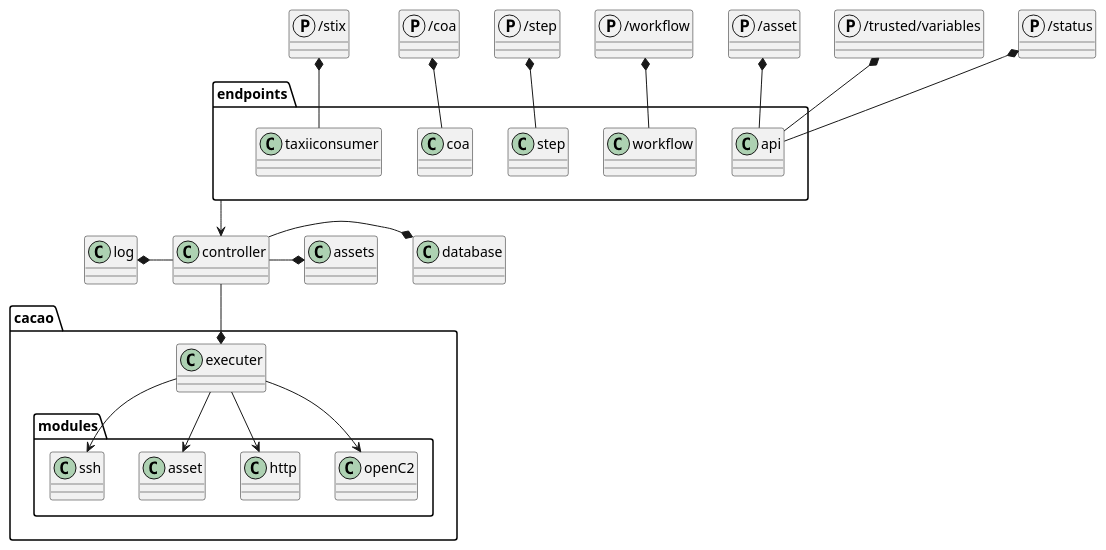
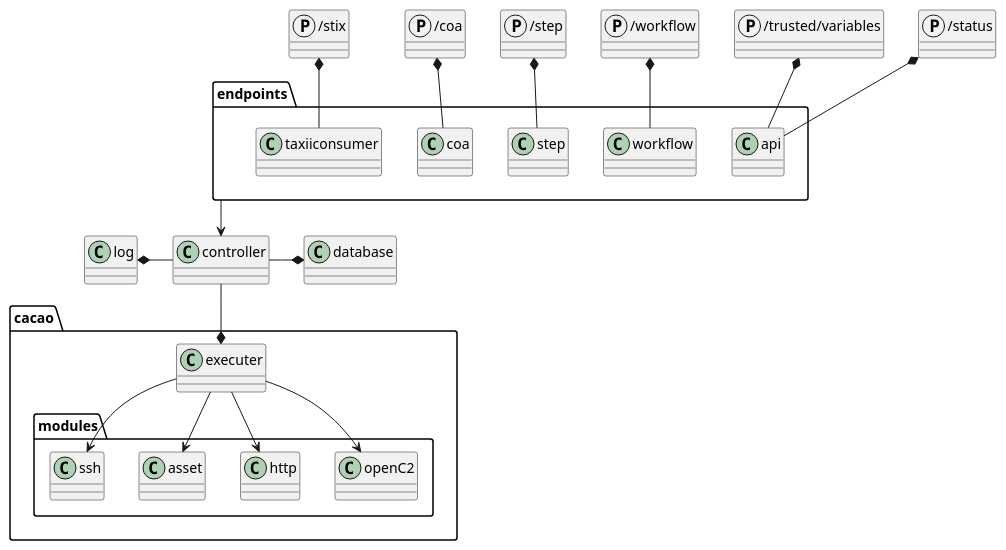
One commit to COSSAS/SOARCA changed the first of 2 diagrams in doc/soarca-application-design.adoc. Above: the diagram before and after it, drawn with PlantUML. The commit also changed other lines of this file and 3 other files, not shown here.

```diff
--- a/doc/soarca-application-design.adoc
+++ b/doc/soarca-application-design.adoc
@@ -3,49 +7,37 @@
-[plantuml, target=soar-ca-class-diagram, format=png]
+[plantuml, target=soar-ca-component-diagram, format=png]
 ....
 @startuml
 set separator ::
-
 
 protocol /stix
 protocol /coa
 protocol /step
 protocol /workflow
-protocol /asset
 protocol /trusted/variables
 protocol /status
 
-
-
 class endpoints::api
 class endpoints::taxiiconsumer
-
 class controller
 class database
-class assets
 class log
 
 "/coa" *-- endpoints::coa
 "/step" *-- endpoints::step
 "/workflow" *-- endpoints::workflow
 "/status" *-- endpoints::api
 "/trusted/variables" *-- endpoints::api
-"/asset" *-- endpoints::api
 "/stix" *-- endpoints::taxiiconsumer
 
 endpoints -down-> controller
-
 controller -* database
-controller -* assets
 log *- controller
 controller -down-* cacao::executer
-
 class cacao::modules::openC2
 class cacao::modules::http
-
 cacao::executer --> cacao::modules::openC2
 cacao::executer --> cacao::modules::http
 cacao::executer --> cacao::modules::asset
 cacao::executer --> cacao::modules::ssh
-
 @enduml
 ....
```
